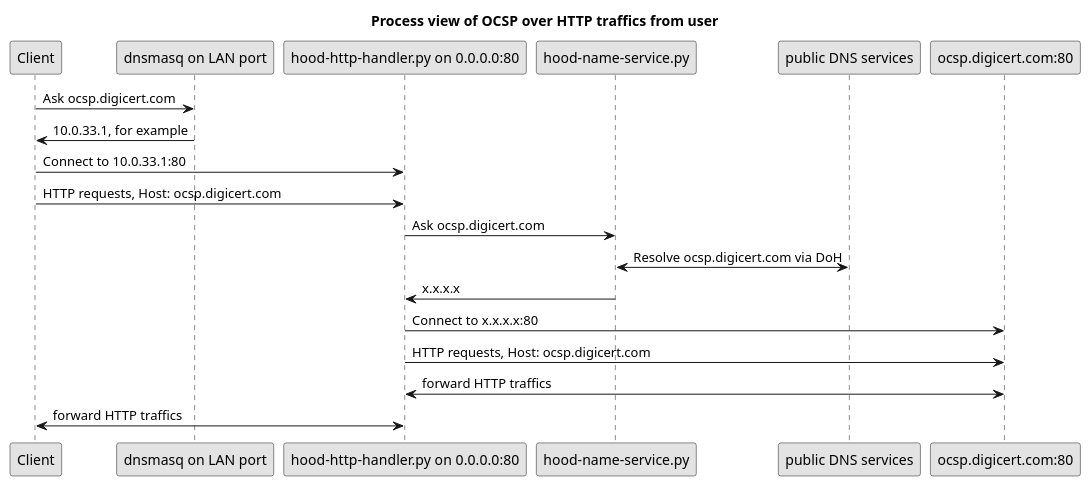
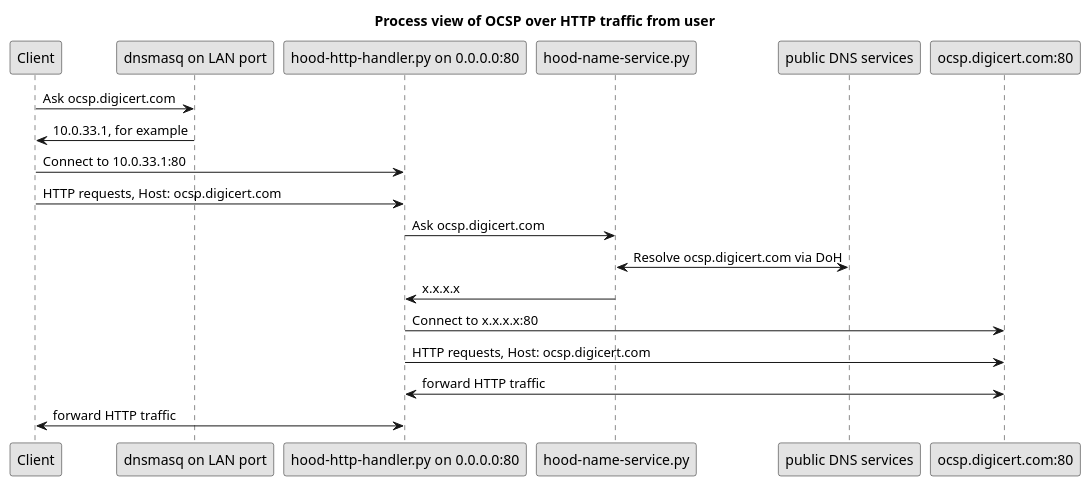
Before and after one commit to YongBinnnnnnnnnnnnnnnnnnnnnnnnnnnnnnnnn/hood: the diagram in paper/graphics/puml/process-ocsp-traffic.puml, drawn with PlantUML. The commit also changed 8 other files, not shown here.

Commit message:
paper: fix typo in graph and update pdf

```diff
--- a/paper/graphics/puml/process-ocsp-traffic.puml
+++ b/paper/graphics/puml/process-ocsp-traffic.puml
@@ -1,30 +1,30 @@
 @startuml
 
 skinparam monochrome true
 skinparam shadowing false
 skinparam defaultFontName Arial
 skinparam componentStyle rectangle
 
-title Process view of OCSP over HTTP traffics from user
+title Process view of OCSP over HTTP traffic from user
 
 participant "Client" as CLIENT
 participant "dnsmasq on LAN port" as DNSLAN
 participant "hood-http-handler.py on 0.0.0.0:80" as HOODHTTP
 participant "hood-name-service.py" as HOODNAME
 participant "public DNS services" as PUBDNS
 participant "ocsp.digicert.com:80" as OCSP
 
 CLIENT -> DNSLAN: Ask ocsp.digicert.com
 DNSLAN -> CLIENT: 10.0.33.1, for example
 CLIENT -> HOODHTTP: Connect to 10.0.33.1:80
 CLIENT -> HOODHTTP: HTTP requests, Host: ocsp.digicert.com
 HOODHTTP -> HOODNAME: Ask ocsp.digicert.com
 HOODNAME <-> PUBDNS: Resolve ocsp.digicert.com via DoH
 HOODNAME -> HOODHTTP: x.x.x.x
 HOODHTTP -> OCSP: Connect to x.x.x.x:80
 HOODHTTP -> OCSP: HTTP requests, Host: ocsp.digicert.com
-HOODHTTP <-> OCSP: forward HTTP traffics
-HOODHTTP <-> CLIENT: forward HTTP traffics
+HOODHTTP <-> OCSP: forward HTTP traffic
+HOODHTTP <-> CLIENT: forward HTTP traffic
 
 
 @enduml
```
